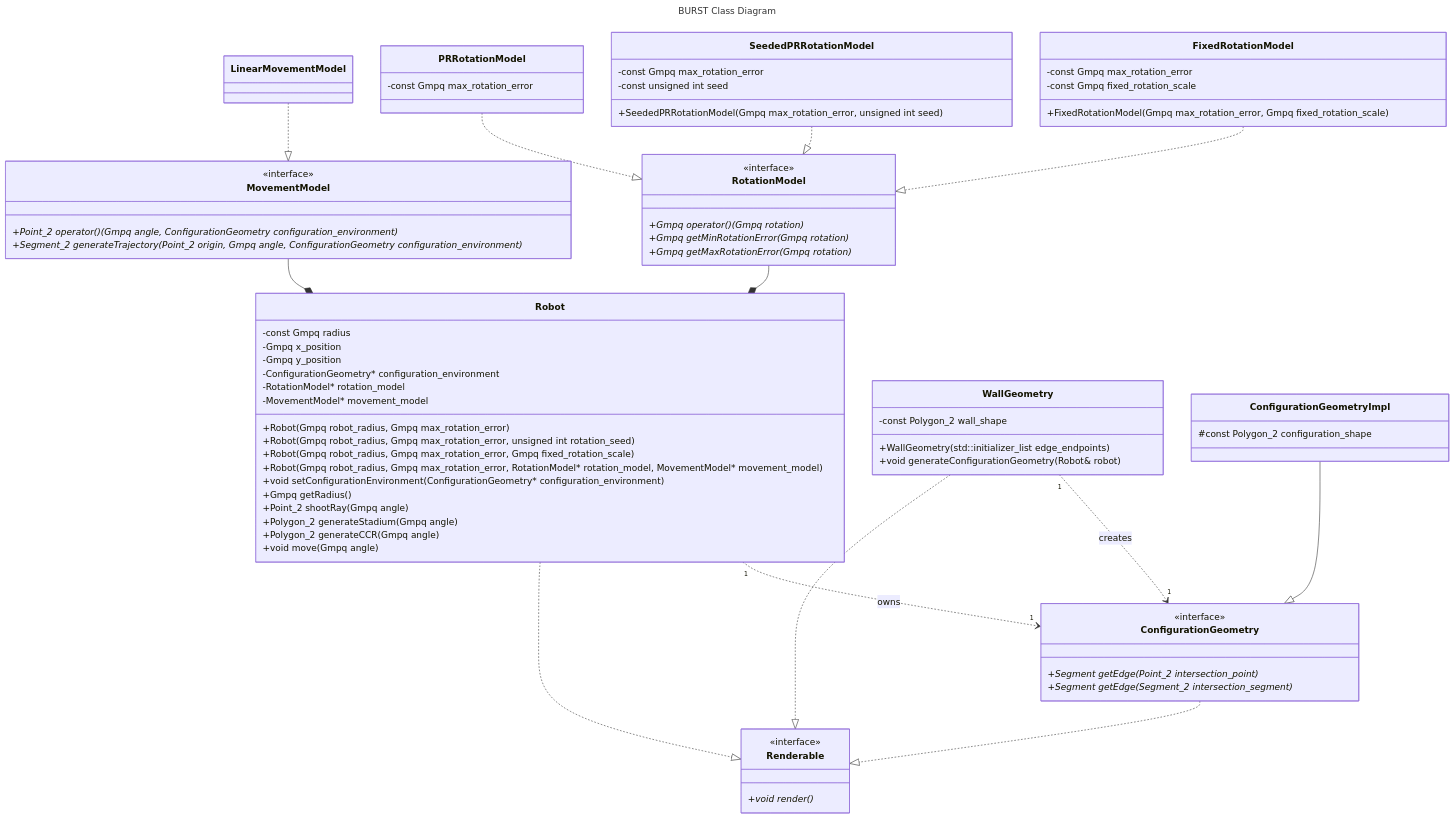
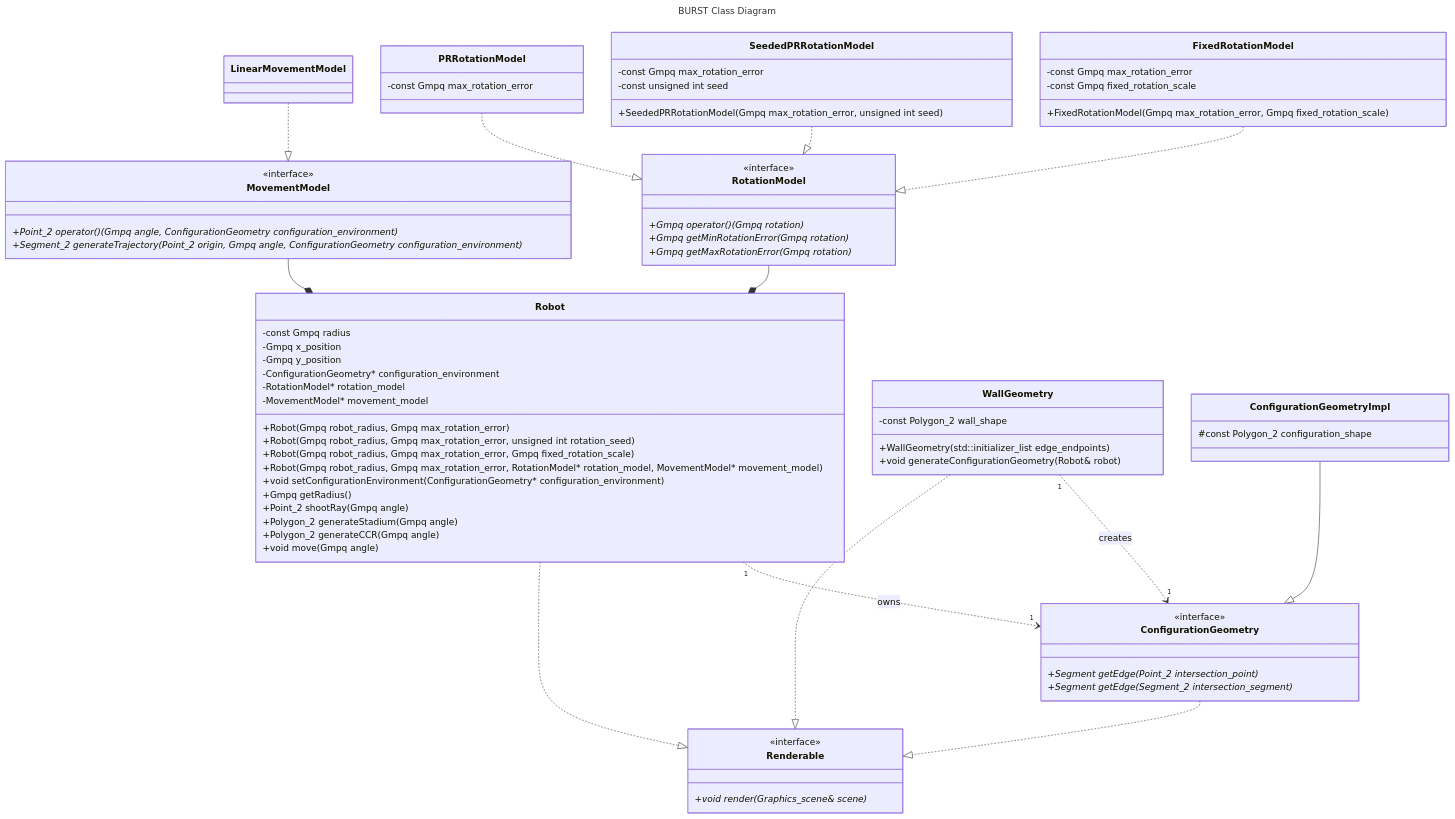
The diagram in docs/DESIGN.md (KedarPanchal/DAIR-BURST), drawn with Mermaid before and after one commit. The commit also changed 3 other files, not shown here.

Commit message:
Fix renderable to render to a graphics scene

```diff
--- a/docs/DESIGN.md
+++ b/docs/DESIGN.md
@@ -56,7 +56,7 @@
     LinearMovementModel ..|> MovementModel
 
     class Renderable {
-        +void render()*
+        +void render(Graphics_scene& scene)*
     }
     <<interface>> Renderable
 
```
